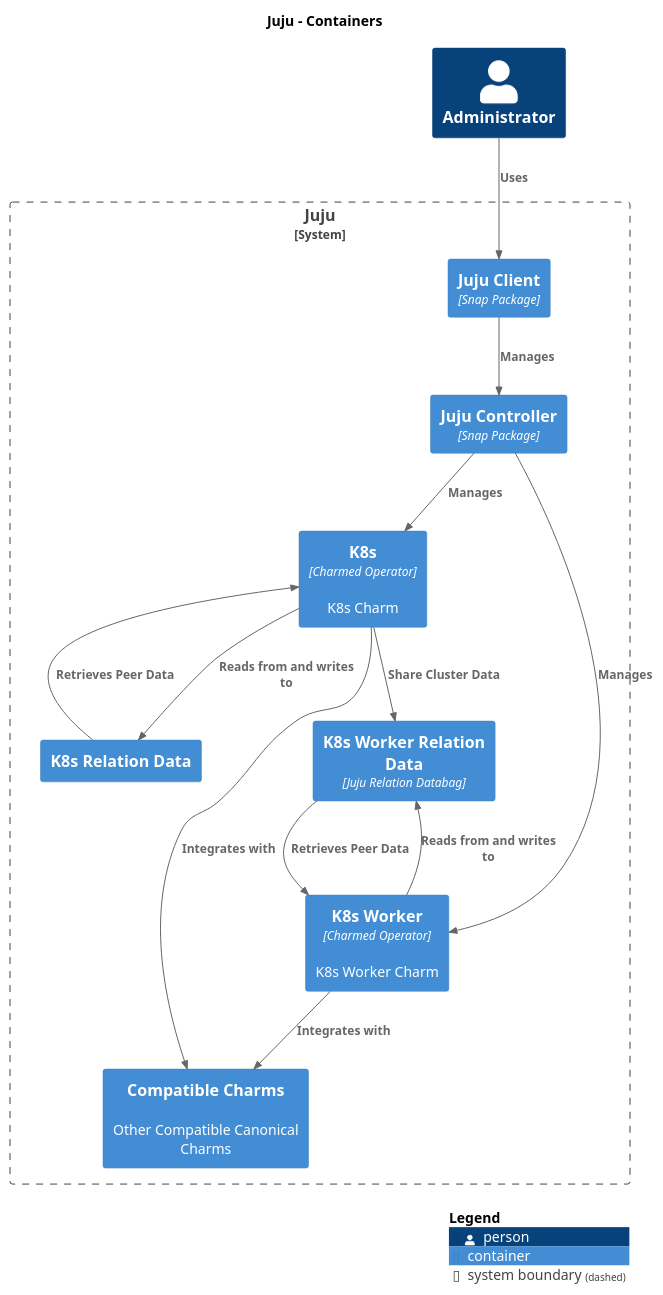
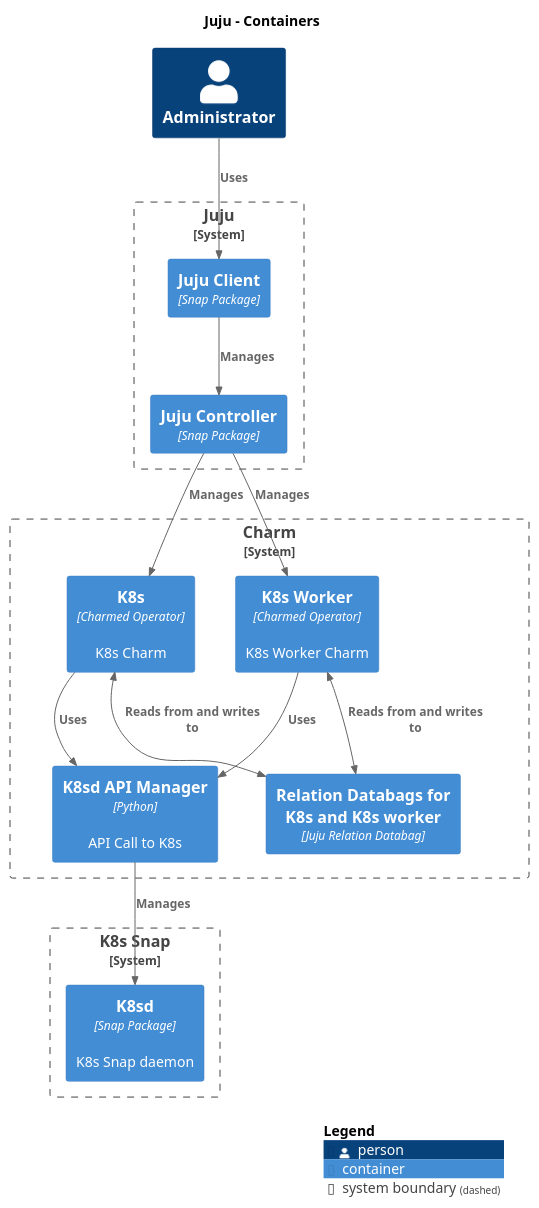
The diagram in docs/canonicalk8s/assets/charms-architecture.puml (canonical/k8s-snap), drawn with PlantUML before and after one commit.

Commit message:
review charm arch diag

```diff
--- a/docs/canonicalk8s/assets/charms-architecture.puml
+++ b/docs/canonicalk8s/assets/charms-architecture.puml
@@ -1,36 +1,42 @@
 @startuml
 set separator none
 title Juju - Containers
 
 top to bottom direction
 
 !include <C4/C4>
 !include <C4/C4_Context>
 !include <C4/C4_Container>
 
 Person(Administrator, "Administrator", $descr="", $tags="", $link="")
 
+System_Boundary("Charm_boundary", "Charm", $tags="") {
+  Container(Juju.K8s, "K8s", $techn="Charmed Operator", $descr="K8s Charm", $tags="", $link="")
+  Container(Juju.K8sWorker, "K8s Worker", $techn="Charmed Operator", $descr="K8s Worker Charm", $tags="", $link="")
+  Container(Juju.ApiManager, "K8sd API Manager", $techn="Python", $descr="API Call to K8s", $tags="", $link="")
+  Container(Juju.RelationData, "Relation Databags for K8s and K8s worker", $techn="Juju Relation Databag", $descr="", $tags="", $link="")
+}
+
 System_Boundary("Juju_boundary", "Juju", $tags="") {
   Container(Juju.JujuController, "Juju Controller", $techn="Snap Package", $descr="", $tags="", $link="")
   Container(Juju.JujuClient, "Juju Client", $techn="Snap Package", $descr="", $tags="", $link="")
-  Container(Juju.CompatibleCharms, "Compatible Charms", $techn="", $descr="Other Compatible Canonical Charms", $tags="", $link="")
-  Container(Juju.K8s, "K8s", $techn="Charmed Operator", $descr="K8s Charm", $tags="", $link="")
-  Container(Juju.K8sRelationData, "K8s Relation Data", $techn="", $descr="", $tags="", $link="")
-  Container(Juju.K8sWorker, "K8s Worker", $techn="Charmed Operator", $descr="K8s Worker Charm", $tags="", $link="")
-  Container(Juju.K8sWorkerRelationData, "K8s Worker Relation Data", $techn="Juju Relation Databag", $descr="", $tags="", $link="")
 }
 
-Rel(Juju.K8sWorker, Juju.K8sWorkerRelationData, "Reads from and writes to", $techn="", $tags="", $link="")
-Rel(Juju.K8sWorkerRelationData, Juju.K8sWorker, "Retrieves Peer Data", $techn="", $tags="", $link="")
+System_Boundary("K8s_snap", "K8s Snap", $tags="") {
+  Container(K8sSnap.K8sd, "K8sd", $techn="Snap Package", $descr="K8s Snap daemon", $tags="", $link="")
+}
+
+Rel(Juju.K8s, Juju.ApiManager, "Uses", $techn="", $tags="", $link="")
+Rel(Juju.K8sWorker, Juju.ApiManager, "Uses", $techn="", $tags="", $link="")
+BiRel(Juju.K8sWorker, Juju.RelationData, "Reads from and writes to", $techn="", $tags="", $link="")
+BiRel(Juju.K8s, Juju.RelationData, "Reads from and writes to", $techn="", $tags="", $link="")
 Rel(Juju.JujuController, Juju.K8s, "Manages", $techn="", $tags="", $link="")
 Rel(Juju.JujuController, Juju.K8sWorker, "Manages", $techn="", $tags="", $link="")
 Rel(Administrator, Juju.JujuClient, "Uses", $techn="", $tags="", $link="")
 Rel(Juju.JujuClient, Juju.JujuController, "Manages", $techn="", $tags="", $link="")
-Rel(Juju.K8s, Juju.CompatibleCharms, "Integrates with", $techn="", $tags="", $link="")
-Rel(Juju.K8sWorker, Juju.CompatibleCharms, "Integrates with", $techn="", $tags="", $link="")
-Rel(Juju.K8s, Juju.K8sRelationData, "Reads from and writes to", $techn="", $tags="", $link="")
-Rel(Juju.K8sRelationData, Juju.K8s, "Retrieves Peer Data", $techn="", $tags="", $link="")
-Rel(Juju.K8s, Juju.K8sWorkerRelationData, "Share Cluster Data", $techn="", $tags="", $link="")
+
+' Example of relationship from System_Boundary to Container
+Rel(Juju.ApiManager, K8sSnap.K8sd, "Manages", $techn="", $tags="", $link="")
 
 SHOW_LEGEND(true)
 @enduml
```
